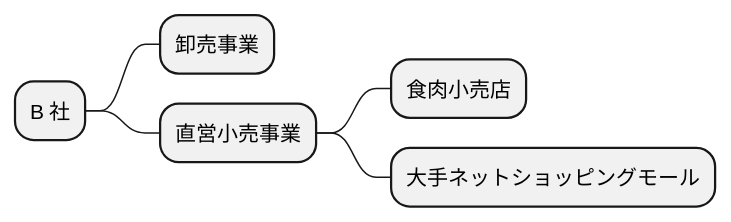
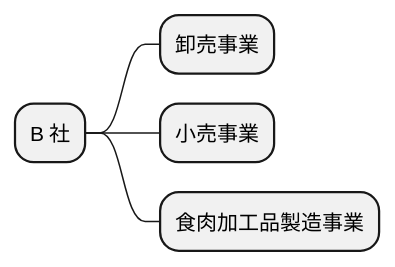
One commit to k2works/case-sutudy-business-analysis changed the first of 15 diagrams in docs/case/r04_case_2.adoc. Above: the diagram before and after it, drawn with PlantUML. The commit also changed other lines of this file, not shown here.

```diff
--- a/docs/case/r04_case_2.adoc
+++ b/docs/case/r04_case_2.adoc
@@ -43,12 +43,11 @@
 [plantuml]
 ----
 @startmindmap
 
 * B 社
 ** 卸売事業
-** 直営小売事業
-*** 食肉小売店
-*** 大手ネットショッピングモール
+** 小売事業
+** 食肉加工品製造事業
 
 @endmindmap
 ----
```
